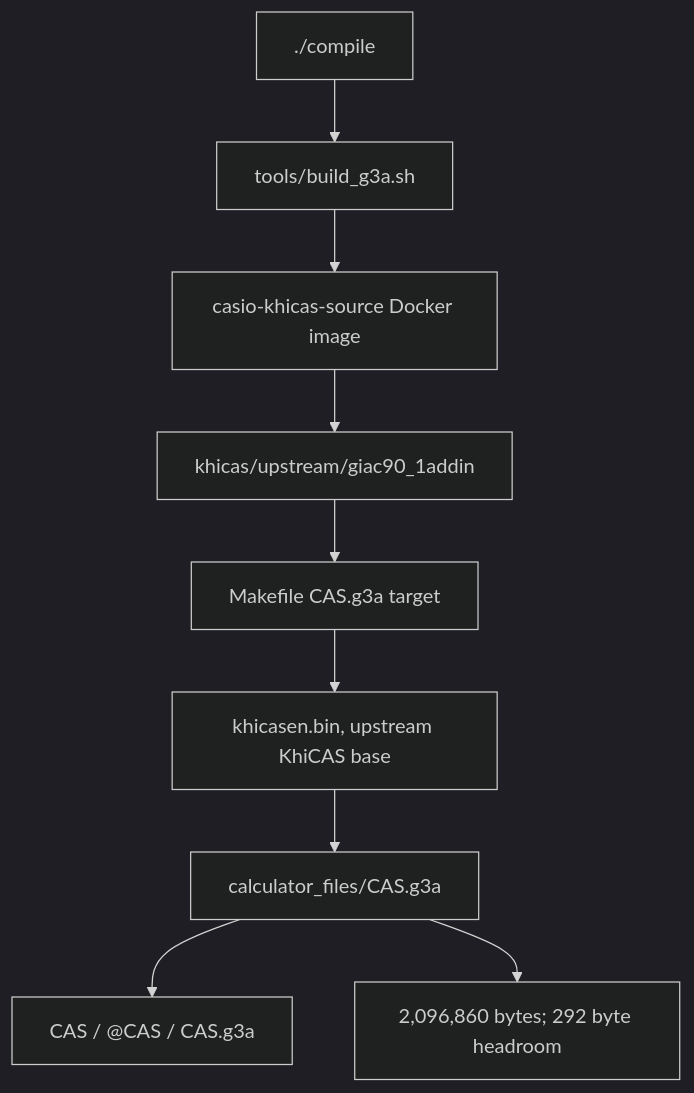
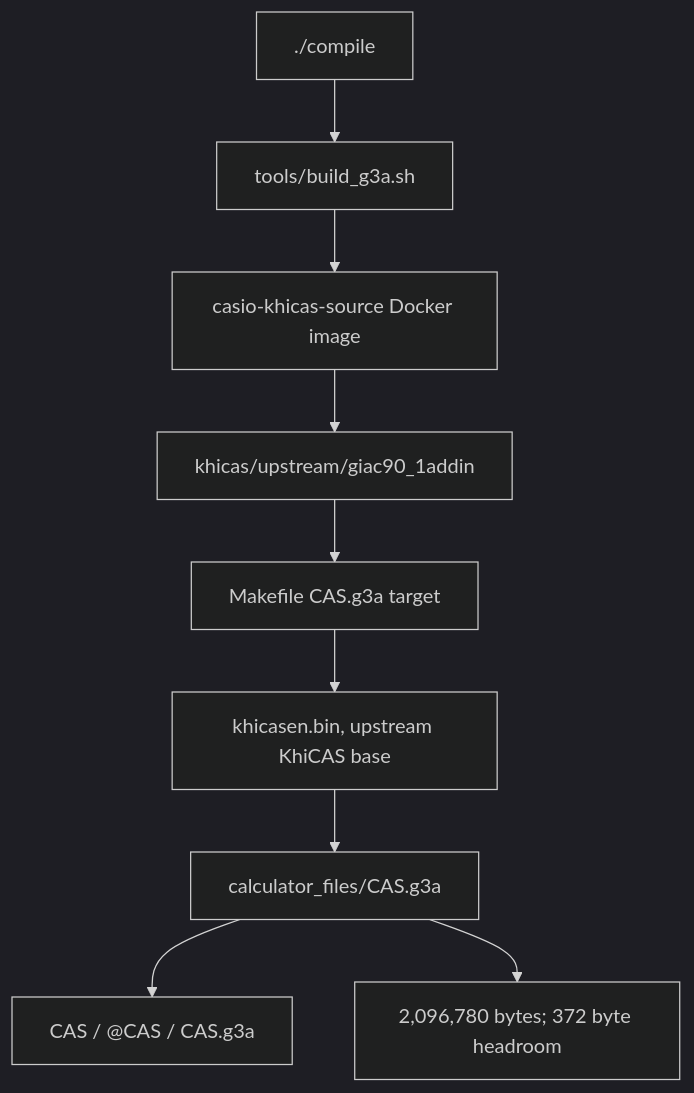
The first of 6 diagrams in docs/GRAPH.md (james8464/notes-addin-casio-fx-cg50), drawn with Mermaid (dark theme) before and after one commit. The commit also changed other lines of this file and 431 other files, not shown here.

````diff
--- a/docs/GRAPH.md
+++ b/docs/GRAPH.md
@@ -7,11 +7,11 @@
 ```mermaid
 graph TD
   Compile["./compile"] --> Build["tools/build_g3a.sh"]
   Build --> Docker["casio-khicas-source Docker image"]
   Docker --> Src["khicas/upstream/giac90_1addin"]
   Src --> Make["Makefile CAS.g3a target"]
   Make --> Bin["khicasen.bin, upstream KhiCAS base"]
   Bin --> G3A["calculator_files/CAS.g3a"]
   G3A --> Meta["CAS / @CAS / CAS.g3a"]
-  G3A --> Size["2,096,860 bytes; 292 byte headroom"]
+  G3A --> Size["2,096,780 bytes; 372 byte headroom"]
 ```
````
